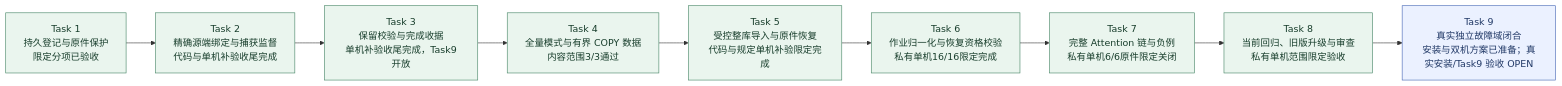
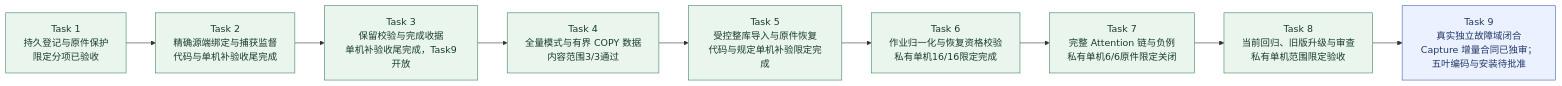
One commit to MansurnamedZhang/learning-system-p0c4 changed the second of 9 diagrams in docs/KnowWeave实施路线与系统架构.md. Above: the diagram before and after it, drawn with Mermaid. The commit also changed other lines of this file and 12 other files, not shown here.

First line of the commit message:
docs(task9): define the exact Capture mount amendment contract

````diff
--- a/docs/KnowWeave实施路线与系统架构.md
+++ b/docs/KnowWeave实施路线与系统架构.md
@@ -80,25 +80,25 @@
 ```mermaid
 flowchart LR
     C4T1["Task 1<br/>持久登记与原件保护<br/>限定分项已验收"]
     C4T2["Task 2<br/>精确源端绑定与捕获监督<br/>代码与单机补验收尾完成"]
     C4T3["Task 3<br/>保留校验与完成收据<br/>单机补验收尾完成，Task9开放"]
     C4T4["Task 4<br/>全量模式与有界 COPY 数据<br/>内容范围3/3通过"]
     C4T5["Task 5<br/>受控整库导入与原件恢复<br/>代码与规定单机补验限定完成"]
     C4T6["Task 6<br/>作业归一化与恢复资格校验<br/>私有单机16/16限定完成"]
     C4T7["Task 7<br/>完整 Attention 链与负例<br/>私有单机6/6原件限定关闭"]
     C4T8["Task 8<br/>当前回归、旧版升级与审查<br/>私有单机范围限定验收"]
-    C4T9["Task 9<br/>真实独立故障域闭合<br/>安装与双机方案已准备；真实安装/Task9 验收 OPEN"]
+    C4T9["Task 9<br/>真实独立故障域闭合<br/>Capture 增量合同已独审；五叶编码与安装待批准"]
     C4T1 --> C4T2
     C4T2 --> C4T3
     C4T3 --> C4T4
     C4T4 --> C4T5
     C4T5 --> C4T6
     C4T6 --> C4T7
     C4T7 --> C4T8
     C4T8 --> C4T9
     class C4T1,C4T2,C4T3,C4T4,C4T5,C4T6,C4T7,C4T8 done
     class C4T9 next
     classDef done fill:#eaf5ee,stroke:#438363,color:#173d2b
     classDef next fill:#ebf1ff,stroke:#4365b4,color:#203866
     classDef planned fill:#f2f4f8,stroke:#8591a3,color:#28354b
 ```
````
